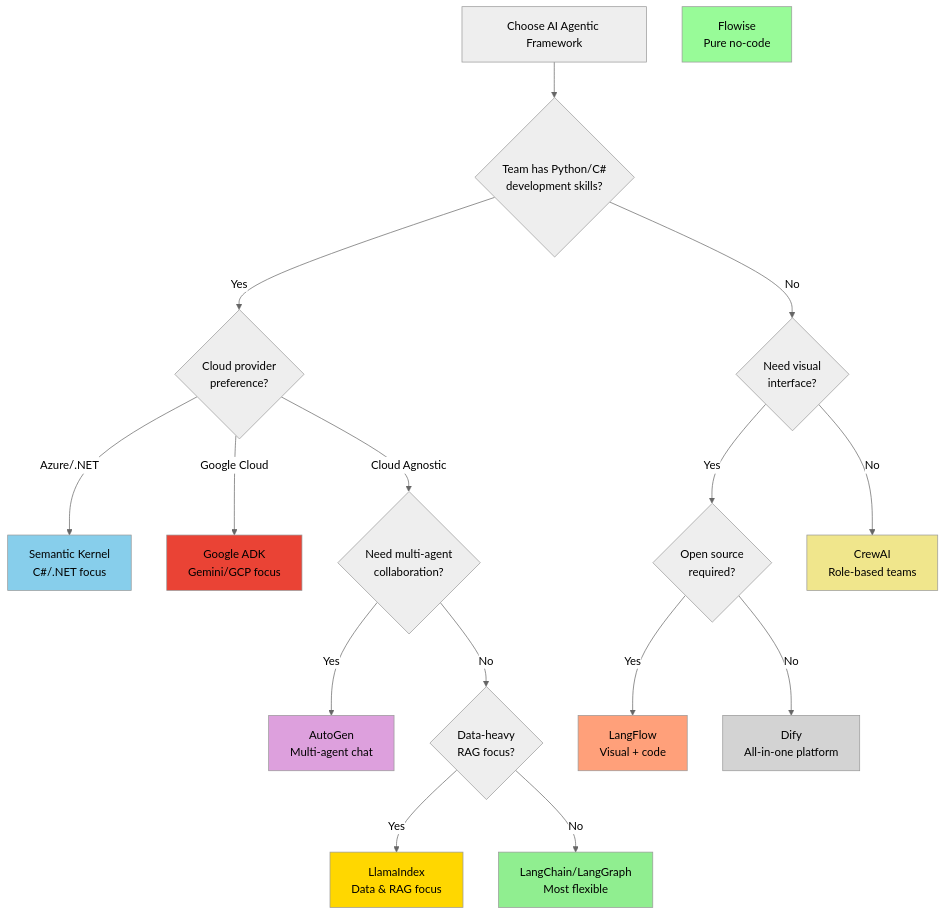
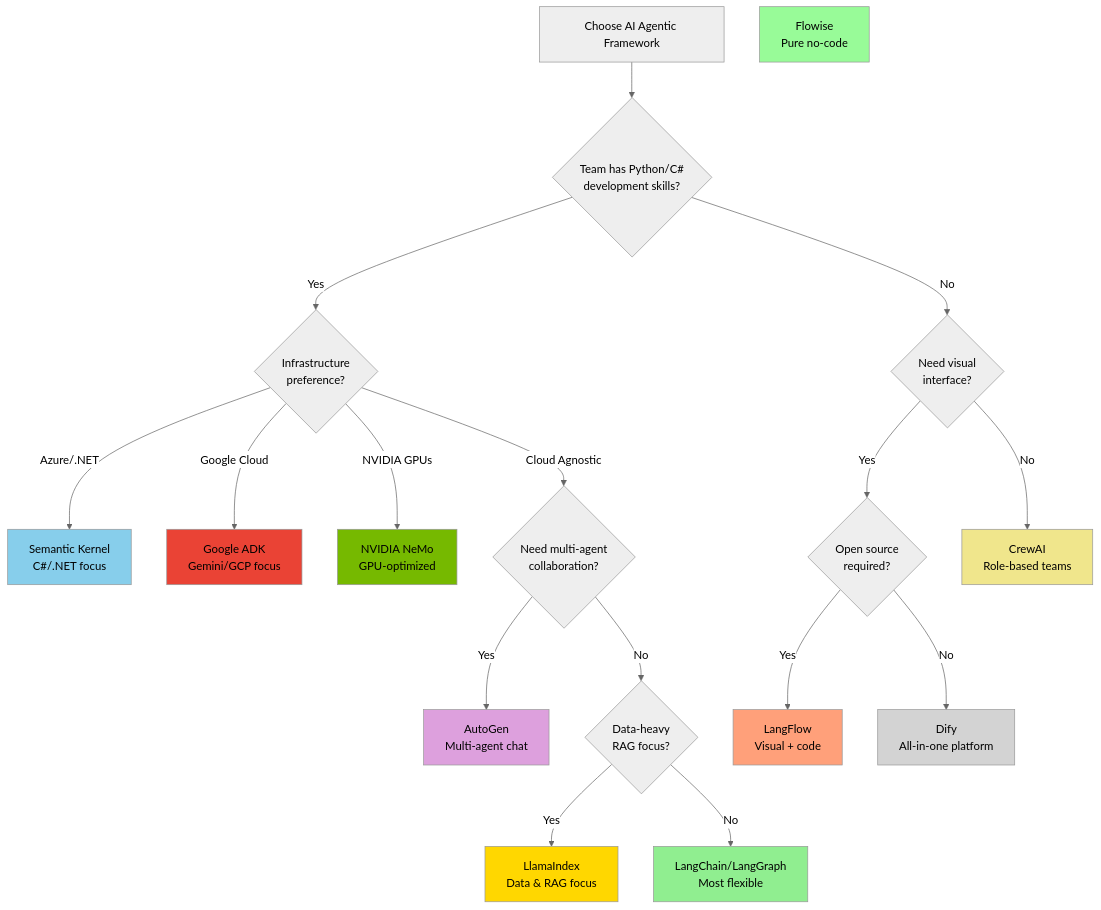
Before and after one commit to brunseba/ai-tech-watch: the second of 2 diagrams in docs/reference/ai-implementation-decision-framework.md, drawn with Mermaid (neutral theme). The commit also changed other lines of this file and 1 other file, not shown here.

First line of the commit message:
feat(reference): add NVIDIA NeMo to AI agentic framework selection guide

````diff
--- a/docs/reference/ai-implementation-decision-framework.md
+++ b/docs/reference/ai-implementation-decision-framework.md
@@ -314,52 +315,55 @@
 ```mermaid
 flowchart TD
     Start[Choose AI Agentic Framework]
     
     Q1{Team has Python/C#<br/>development skills?}
-    Q2{Cloud provider<br/>preference?}
+    Q2{Infrastructure<br/>preference?}
     Q3{Need multi-agent<br/>collaboration?}
     Q4{Data-heavy<br/>RAG focus?}
     Q5{Need visual<br/>interface?}
     Q6{Open source<br/>required?}
     
     SK[Semantic Kernel<br/>C#/.NET focus]
     ADK[Google ADK<br/>Gemini/GCP focus]
+    NeMo[NVIDIA NeMo<br/>GPU-optimized]
     LG[LangChain/LangGraph<br/>Most flexible]
     LI[LlamaIndex<br/>Data & RAG focus]
     AG[AutoGen<br/>Multi-agent chat]
     CR[CrewAI<br/>Role-based teams]
     LF[LangFlow<br/>Visual + code]
     FL[Flowise<br/>Pure no-code]
     DF[Dify<br/>All-in-one platform]
     
     Start --> Q1
     
     Q1 -->|Yes| Q2
     Q1 -->|No| Q5
     
     Q2 -->|Azure/.NET| SK
     Q2 -->|Google Cloud| ADK
+    Q2 -->|NVIDIA GPUs| NeMo
     Q2 -->|Cloud Agnostic| Q3
     
     Q3 -->|Yes| AG
     Q3 -->|No| Q4
     
     Q4 -->|Yes| LI
     Q4 -->|No| LG
     
     Q5 -->|Yes| Q6
     Q5 -->|No| CR
     
     Q6 -->|Yes| LF
     Q6 -->|No| DF
     
     style SK fill:#87CEEB
     style ADK fill:#EA4335
+    style NeMo fill:#76B900
     style LG fill:#90EE90
     style LI fill:#FFD700
     style AG fill:#DDA0DD
     style CR fill:#F0E68C
     style LF fill:#FFA07A
     style FL fill:#98FB98
     style DF fill:#D3D3D3
 ```
````
